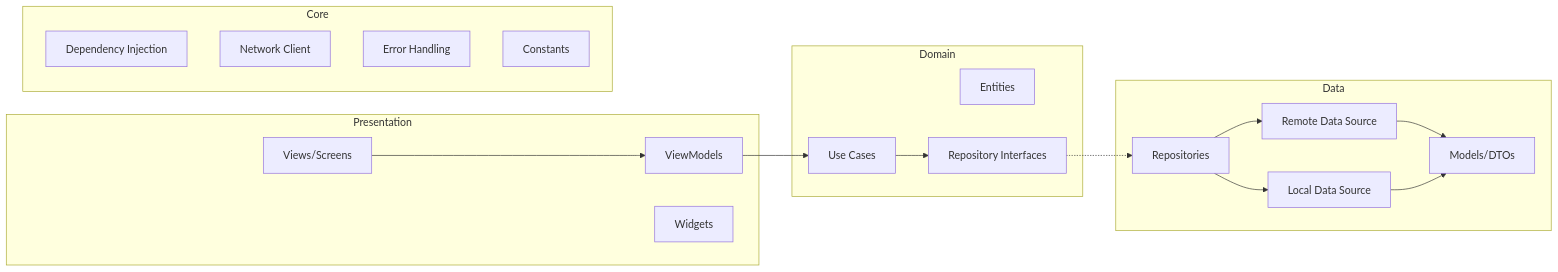
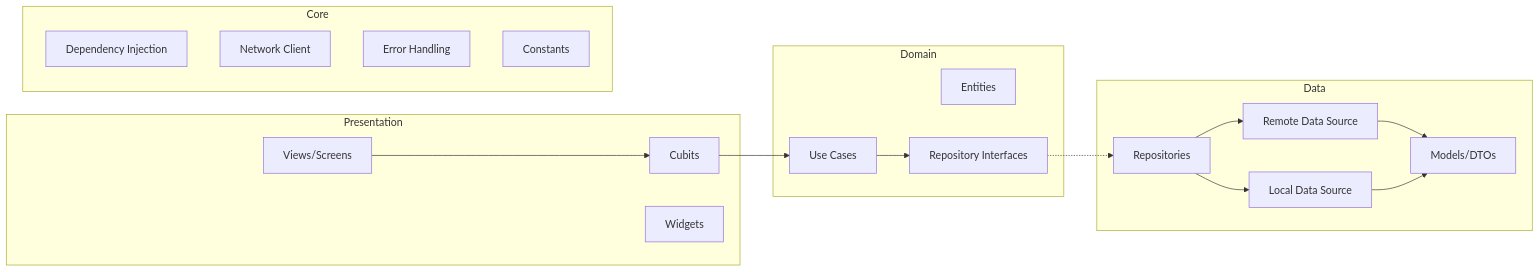
One commit to mohammedkhattab2/baladi changed the second of 6 diagrams in docs/architecture/BALADI_ARCHITECTURE.md. Above: the diagram before and after it, drawn with Mermaid. The commit also changed other lines of this file and 85 other files, not shown here.

````diff
--- a/docs/architecture/BALADI_ARCHITECTURE.md
+++ b/docs/architecture/BALADI_ARCHITECTURE.md
@@ -85,37 +85,37 @@
 ```mermaid
 graph LR
     subgraph Presentation
         V[Views/Screens]
-        VM[ViewModels]
+        CB[Cubits]
         W[Widgets]
     end
     
     subgraph Domain
         UC[Use Cases]
         E[Entities]
         RI[Repository Interfaces]
     end
     
     subgraph Data
         R[Repositories]
         RDS[Remote Data Source]
         LDS[Local Data Source]
         M[Models/DTOs]
     end
     
     subgraph Core
         DI[Dependency Injection]
         NET[Network Client]
         ERR[Error Handling]
         CONST[Constants]
     end
     
-    V --> VM
-    VM --> UC
+    V --> CB
+    CB --> UC
     UC --> RI
     RI -.-> R
     R --> RDS
     R --> LDS
     RDS --> M
     LDS --> M
 ```
````
